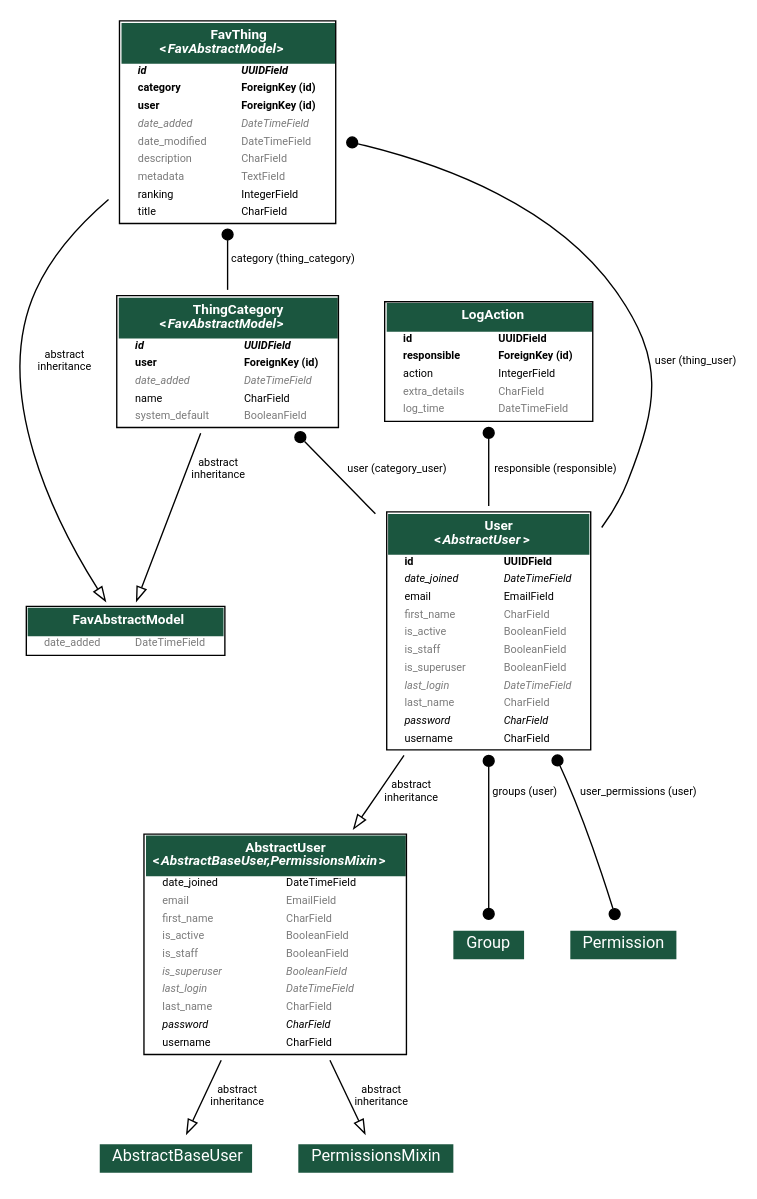
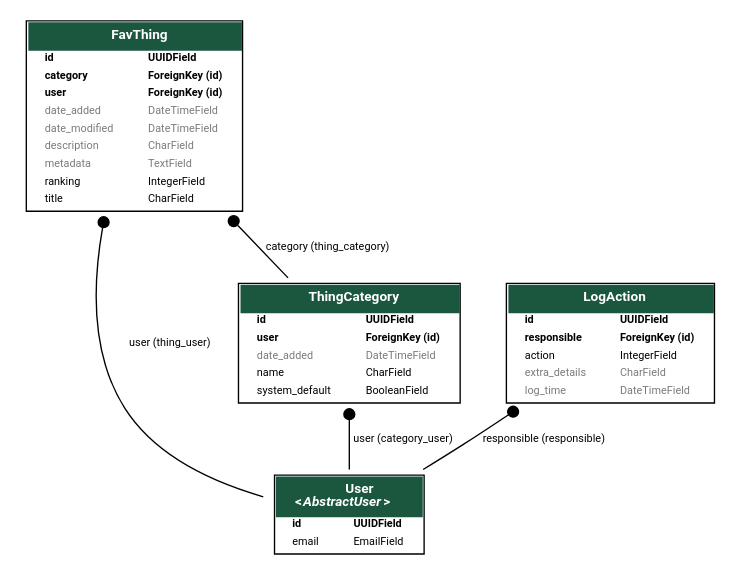
The diagram in favorite_things/output.dot (DicksonChi/favorite-things), drawn with Graphviz before and after one commit. The commit also changed 30 other files, not shown here.

```diff
--- a/favorite_things/output.dot
+++ b/favorite_things/output.dot
@@ -1,6 +1,6 @@
 digraph model_graph {
   // Dotfile by Django-Extensions graph_models
-  // Created: 2019-08-14 07:39
+  // Created: 2019-08-14 15:43
   // Cli Options: main
 
   fontname = "Roboto"
@@ -20,115 +20,6 @@
 
   // Labels
 
-
-  main_models_FavAbstractModel [label=<
-    <TABLE BGCOLOR="white" BORDER="1" CELLBORDER="0" CELLSPACING="0">
-    <TR><TD COLSPAN="2" CELLPADDING="5" ALIGN="CENTER" BGCOLOR="#1b563f">
-    <FONT FACE="Roboto" COLOR="white" POINT-SIZE="10"><B>
-    FavAbstractModel
-    </B></FONT></TD></TR>
-  
-  
-    <TR><TD ALIGN="LEFT" BORDER="0">
-    <FONT COLOR="#7B7B7B" FACE="Roboto">date_added</FONT>
-    </TD><TD ALIGN="LEFT">
-    <FONT COLOR="#7B7B7B" FACE="Roboto">DateTimeField</FONT>
-    </TD></TR>
-  
-  
-    </TABLE>
-    >]
-
-  django_contrib_auth_models_AbstractUser [label=<
-    <TABLE BGCOLOR="white" BORDER="1" CELLBORDER="0" CELLSPACING="0">
-    <TR><TD COLSPAN="2" CELLPADDING="5" ALIGN="CENTER" BGCOLOR="#1b563f">
-    <FONT FACE="Roboto" COLOR="white" POINT-SIZE="10"><B>
-    AbstractUser<BR/>&lt;<FONT FACE="Roboto"><I>AbstractBaseUser,PermissionsMixin</I></FONT>&gt;
-    </B></FONT></TD></TR>
-  
-  
-    <TR><TD ALIGN="LEFT" BORDER="0">
-    <FONT FACE="Roboto">date_joined</FONT>
-    </TD><TD ALIGN="LEFT">
-    <FONT FACE="Roboto">DateTimeField</FONT>
-    </TD></TR>
-  
-  
-  
-    <TR><TD ALIGN="LEFT" BORDER="0">
-    <FONT COLOR="#7B7B7B" FACE="Roboto">email</FONT>
-    </TD><TD ALIGN="LEFT">
-    <FONT COLOR="#7B7B7B" FACE="Roboto">EmailField</FONT>
-    </TD></TR>
-  
-  
-  
-    <TR><TD ALIGN="LEFT" BORDER="0">
-    <FONT COLOR="#7B7B7B" FACE="Roboto">first_name</FONT>
-    </TD><TD ALIGN="LEFT">
-    <FONT COLOR="#7B7B7B" FACE="Roboto">CharField</FONT>
-    </TD></TR>
-  
-  
-  
-    <TR><TD ALIGN="LEFT" BORDER="0">
-    <FONT COLOR="#7B7B7B" FACE="Roboto">is_active</FONT>
-    </TD><TD ALIGN="LEFT">
-    <FONT COLOR="#7B7B7B" FACE="Roboto">BooleanField</FONT>
-    </TD></TR>
-  
-  
-  
-    <TR><TD ALIGN="LEFT" BORDER="0">
-    <FONT COLOR="#7B7B7B" FACE="Roboto">is_staff</FONT>
-    </TD><TD ALIGN="LEFT">
-    <FONT COLOR="#7B7B7B" FACE="Roboto">BooleanField</FONT>
-    </TD></TR>
-  
-  
-  
-    <TR><TD ALIGN="LEFT" BORDER="0">
-    <FONT COLOR="#7B7B7B" FACE="Roboto"><I>is_superuser</I></FONT>
-    </TD><TD ALIGN="LEFT">
-    <FONT COLOR="#7B7B7B" FACE="Roboto"><I>BooleanField</I></FONT>
-    </TD></TR>
-  
-  
-  
-    <TR><TD ALIGN="LEFT" BORDER="0">
-    <FONT COLOR="#7B7B7B" FACE="Roboto"><I>last_login</I></FONT>
-    </TD><TD ALIGN="LEFT">
-    <FONT COLOR="#7B7B7B" FACE="Roboto"><I>DateTimeField</I></FONT>
-    </TD></TR>
-  
-  
-  
-    <TR><TD ALIGN="LEFT" BORDER="0">
-    <FONT COLOR="#7B7B7B" FACE="Roboto">last_name</FONT>
-    </TD><TD ALIGN="LEFT">
-    <FONT COLOR="#7B7B7B" FACE="Roboto">CharField</FONT>
-    </TD></TR>
-  
-  
-  
-    <TR><TD ALIGN="LEFT" BORDER="0">
-    <FONT FACE="Roboto"><I>password</I></FONT>
-    </TD><TD ALIGN="LEFT">
-    <FONT FACE="Roboto"><I>CharField</I></FONT>
-    </TD></TR>
-  
-  
-  
-    <TR><TD ALIGN="LEFT" BORDER="0">
-    <FONT FACE="Roboto">username</FONT>
-    </TD><TD ALIGN="LEFT">
-    <FONT FACE="Roboto">CharField</FONT>
-    </TD></TR>
-  
-  
-    </TABLE>
-    >]
-
   main_models_User [label=<
     <TABLE BGCOLOR="white" BORDER="1" CELLBORDER="0" CELLSPACING="0">
     <TR><TD COLSPAN="2" CELLPADDING="5" ALIGN="CENTER" BGCOLOR="#1b563f">
@@ -146,84 +37,11 @@
   
   
     <TR><TD ALIGN="LEFT" BORDER="0">
-    <FONT FACE="Roboto"><I>date_joined</I></FONT>
-    </TD><TD ALIGN="LEFT">
-    <FONT FACE="Roboto"><I>DateTimeField</I></FONT>
-    </TD></TR>
-  
-  
-  
-    <TR><TD ALIGN="LEFT" BORDER="0">
     <FONT FACE="Roboto">email</FONT>
     </TD><TD ALIGN="LEFT">
     <FONT FACE="Roboto">EmailField</FONT>
     </TD></TR>
-  
-  
-  
-    <TR><TD ALIGN="LEFT" BORDER="0">
-    <FONT COLOR="#7B7B7B" FACE="Roboto">first_name</FONT>
-    </TD><TD ALIGN="LEFT">
-    <FONT COLOR="#7B7B7B" FACE="Roboto">CharField</FONT>
-    </TD></TR>
-  
-  
-  
-    <TR><TD ALIGN="LEFT" BORDER="0">
-    <FONT COLOR="#7B7B7B" FACE="Roboto">is_active</FONT>
-    </TD><TD ALIGN="LEFT">
-    <FONT COLOR="#7B7B7B" FACE="Roboto">BooleanField</FONT>
-    </TD></TR>
-  
-  
-  
-    <TR><TD ALIGN="LEFT" BORDER="0">
-    <FONT COLOR="#7B7B7B" FACE="Roboto">is_staff</FONT>
-    </TD><TD ALIGN="LEFT">
-    <FONT COLOR="#7B7B7B" FACE="Roboto">BooleanField</FONT>
-    </TD></TR>
-  
-  
-  
-    <TR><TD ALIGN="LEFT" BORDER="0">
-    <FONT COLOR="#7B7B7B" FACE="Roboto">is_superuser</FONT>
-    </TD><TD ALIGN="LEFT">
-    <FONT COLOR="#7B7B7B" FACE="Roboto">BooleanField</FONT>
-    </TD></TR>
-  
-  
-  
-    <TR><TD ALIGN="LEFT" BORDER="0">
-    <FONT COLOR="#7B7B7B" FACE="Roboto"><I>last_login</I></FONT>
-    </TD><TD ALIGN="LEFT">
-    <FONT COLOR="#7B7B7B" FACE="Roboto"><I>DateTimeField</I></FONT>
-    </TD></TR>
-  
-  
-  
-    <TR><TD ALIGN="LEFT" BORDER="0">
-    <FONT COLOR="#7B7B7B" FACE="Roboto">last_name</FONT>
-    </TD><TD ALIGN="LEFT">
-    <FONT COLOR="#7B7B7B" FACE="Roboto">CharField</FONT>
-    </TD></TR>
-  
-  
-  
-    <TR><TD ALIGN="LEFT" BORDER="0">
-    <FONT FACE="Roboto"><I>password</I></FONT>
-    </TD><TD ALIGN="LEFT">
-    <FONT FACE="Roboto"><I>CharField</I></FONT>
-    </TD></TR>
-  
-  
-  
-    <TR><TD ALIGN="LEFT" BORDER="0">
-    <FONT FACE="Roboto">username</FONT>
-    </TD><TD ALIGN="LEFT">
-    <FONT FACE="Roboto">CharField</FONT>
-    </TD></TR>
-  
-  
+
     </TABLE>
     >]
 
@@ -231,14 +49,14 @@
     <TABLE BGCOLOR="white" BORDER="1" CELLBORDER="0" CELLSPACING="0">
     <TR><TD COLSPAN="2" CELLPADDING="5" ALIGN="CENTER" BGCOLOR="#1b563f">
     <FONT FACE="Roboto" COLOR="white" POINT-SIZE="10"><B>
-    ThingCategory<BR/>&lt;<FONT FACE="Roboto"><I>FavAbstractModel</I></FONT>&gt;
+    ThingCategory
     </B></FONT></TD></TR>
   
   
     <TR><TD ALIGN="LEFT" BORDER="0">
-    <FONT FACE="Roboto"><I><B>id</B></I></FONT>
+    <FONT FACE="Roboto"><B>id</B></FONT>
     </TD><TD ALIGN="LEFT">
-    <FONT FACE="Roboto"><I><B>UUIDField</B></I></FONT>
+    <FONT FACE="Roboto"><B>UUIDField</B></FONT>
     </TD></TR>
   
   
@@ -252,9 +70,9 @@
   
   
     <TR><TD ALIGN="LEFT" BORDER="0">
-    <FONT COLOR="#7B7B7B" FACE="Roboto"><I>date_added</I></FONT>
+    <FONT COLOR="#7B7B7B" FACE="Roboto">date_added</FONT>
     </TD><TD ALIGN="LEFT">
-    <FONT COLOR="#7B7B7B" FACE="Roboto"><I>DateTimeField</I></FONT>
+    <FONT COLOR="#7B7B7B" FACE="Roboto">DateTimeField</FONT>
     </TD></TR>
   
   
@@ -268,9 +86,9 @@
   
   
     <TR><TD ALIGN="LEFT" BORDER="0">
-    <FONT COLOR="#7B7B7B" FACE="Roboto">system_default</FONT>
+    <FONT FACE="Roboto">system_default</FONT>
     </TD><TD ALIGN="LEFT">
-    <FONT COLOR="#7B7B7B" FACE="Roboto">BooleanField</FONT>
+    <FONT FACE="Roboto">BooleanField</FONT>
     </TD></TR>
   
   
@@ -281,14 +99,14 @@
     <TABLE BGCOLOR="white" BORDER="1" CELLBORDER="0" CELLSPACING="0">
     <TR><TD COLSPAN="2" CELLPADDING="5" ALIGN="CENTER" BGCOLOR="#1b563f">
     <FONT FACE="Roboto" COLOR="white" POINT-SIZE="10"><B>
-    FavThing<BR/>&lt;<FONT FACE="Roboto"><I>FavAbstractModel</I></FONT>&gt;
+    FavThing
     </B></FONT></TD></TR>
   
   
     <TR><TD ALIGN="LEFT" BORDER="0">
-    <FONT FACE="Roboto"><I><B>id</B></I></FONT>
+    <FONT FACE="Roboto"><B>id</B></FONT>
     </TD><TD ALIGN="LEFT">
-    <FONT FACE="Roboto"><I><B>UUIDField</B></I></FONT>
+    <FONT FACE="Roboto"><B>UUIDField</B></FONT>
     </TD></TR>
   
   
@@ -310,9 +128,9 @@
   
   
     <TR><TD ALIGN="LEFT" BORDER="0">
-    <FONT COLOR="#7B7B7B" FACE="Roboto"><I>date_added</I></FONT>
+    <FONT COLOR="#7B7B7B" FACE="Roboto">date_added</FONT>
     </TD><TD ALIGN="LEFT">
-    <FONT COLOR="#7B7B7B" FACE="Roboto"><I>DateTimeField</I></FONT>
+    <FONT COLOR="#7B7B7B" FACE="Roboto">DateTimeField</FONT>
     </TD></TR>
   
   
@@ -413,51 +231,10 @@
 
 
   // Relations
-  django_contrib_auth_base_user_AbstractBaseUser [label=<
-  <TABLE BGCOLOR="white" BORDER="0" CELLBORDER="0" CELLSPACING="0">
-  <TR><TD COLSPAN="2" CELLPADDING="4" ALIGN="CENTER" BGCOLOR="#1b563f">
-  <FONT FACE="Roboto" POINT-SIZE="12" COLOR="white">AbstractBaseUser</FONT>
-  </TD></TR>
-  </TABLE>
-  >]
-  django_contrib_auth_models_AbstractUser -> django_contrib_auth_base_user_AbstractBaseUser
-  [label=" abstract\ninheritance"] [arrowhead=empty, arrowtail=none, dir=both];
-  django_contrib_auth_models_PermissionsMixin [label=<
-  <TABLE BGCOLOR="white" BORDER="0" CELLBORDER="0" CELLSPACING="0">
-  <TR><TD COLSPAN="2" CELLPADDING="4" ALIGN="CENTER" BGCOLOR="#1b563f">
-  <FONT FACE="Roboto" POINT-SIZE="12" COLOR="white">PermissionsMixin</FONT>
-  </TD></TR>
-  </TABLE>
-  >]
-  django_contrib_auth_models_AbstractUser -> django_contrib_auth_models_PermissionsMixin
-  [label=" abstract\ninheritance"] [arrowhead=empty, arrowtail=none, dir=both];
-  django_contrib_auth_models_Group [label=<
-  <TABLE BGCOLOR="white" BORDER="0" CELLBORDER="0" CELLSPACING="0">
-  <TR><TD COLSPAN="2" CELLPADDING="4" ALIGN="CENTER" BGCOLOR="#1b563f">
-  <FONT FACE="Roboto" POINT-SIZE="12" COLOR="white">Group</FONT>
-  </TD></TR>
-  </TABLE>
-  >]
-  main_models_User -> django_contrib_auth_models_Group
-  [label=" groups (user)"] [arrowhead=dot arrowtail=dot, dir=both];
-  django_contrib_auth_models_Permission [label=<
-  <TABLE BGCOLOR="white" BORDER="0" CELLBORDER="0" CELLSPACING="0">
-  <TR><TD COLSPAN="2" CELLPADDING="4" ALIGN="CENTER" BGCOLOR="#1b563f">
-  <FONT FACE="Roboto" POINT-SIZE="12" COLOR="white">Permission</FONT>
-  </TD></TR>
-  </TABLE>
-  >]
-  main_models_User -> django_contrib_auth_models_Permission
-  [label=" user_permissions (user)"] [arrowhead=dot arrowtail=dot, dir=both];
 
-  main_models_User -> django_contrib_auth_models_AbstractUser
-  [label=" abstract\ninheritance"] [arrowhead=empty, arrowtail=none, dir=both];
 
   main_models_ThingCategory -> main_models_User
   [label=" user (category_user)"] [arrowhead=none, arrowtail=dot, dir=both];
-
-  main_models_ThingCategory -> main_models_FavAbstractModel
-  [label=" abstract\ninheritance"] [arrowhead=empty, arrowtail=none, dir=both];
 
   main_models_FavThing -> main_models_ThingCategory
   [label=" category (thing_category)"] [arrowhead=none, arrowtail=dot, dir=both];
@@ -465,9 +242,6 @@
   main_models_FavThing -> main_models_User
   [label=" user (thing_user)"] [arrowhead=none, arrowtail=dot, dir=both];
 
-  main_models_FavThing -> main_models_FavAbstractModel
-  [label=" abstract\ninheritance"] [arrowhead=empty, arrowtail=none, dir=both];
-
   main_models_LogAction -> main_models_User
   [label=" responsible (responsible)"] [arrowhead=none, arrowtail=dot, dir=both];
 
```
